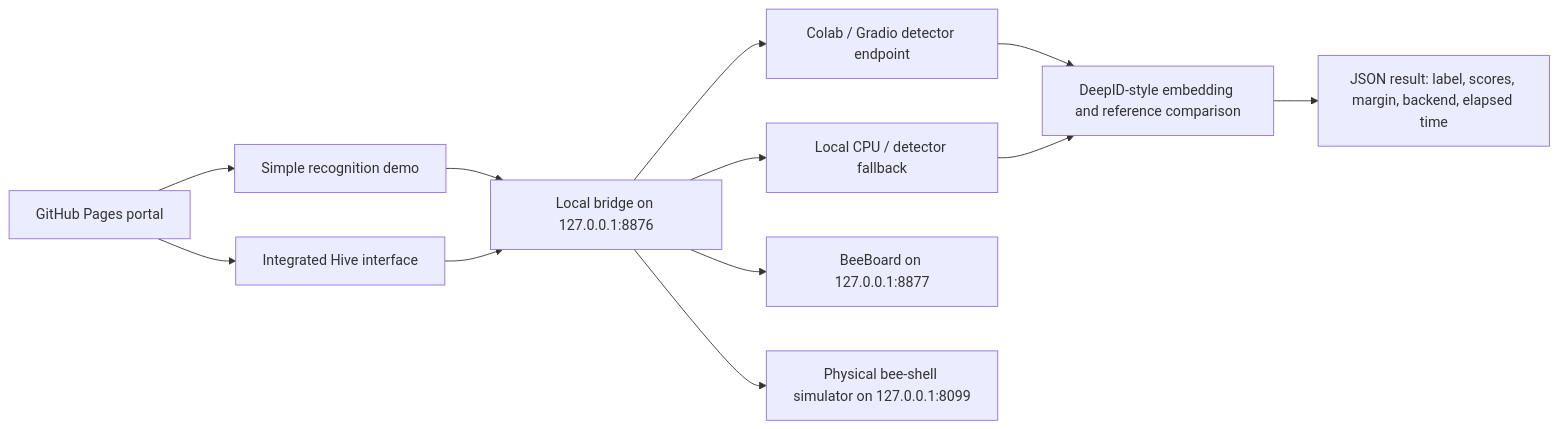
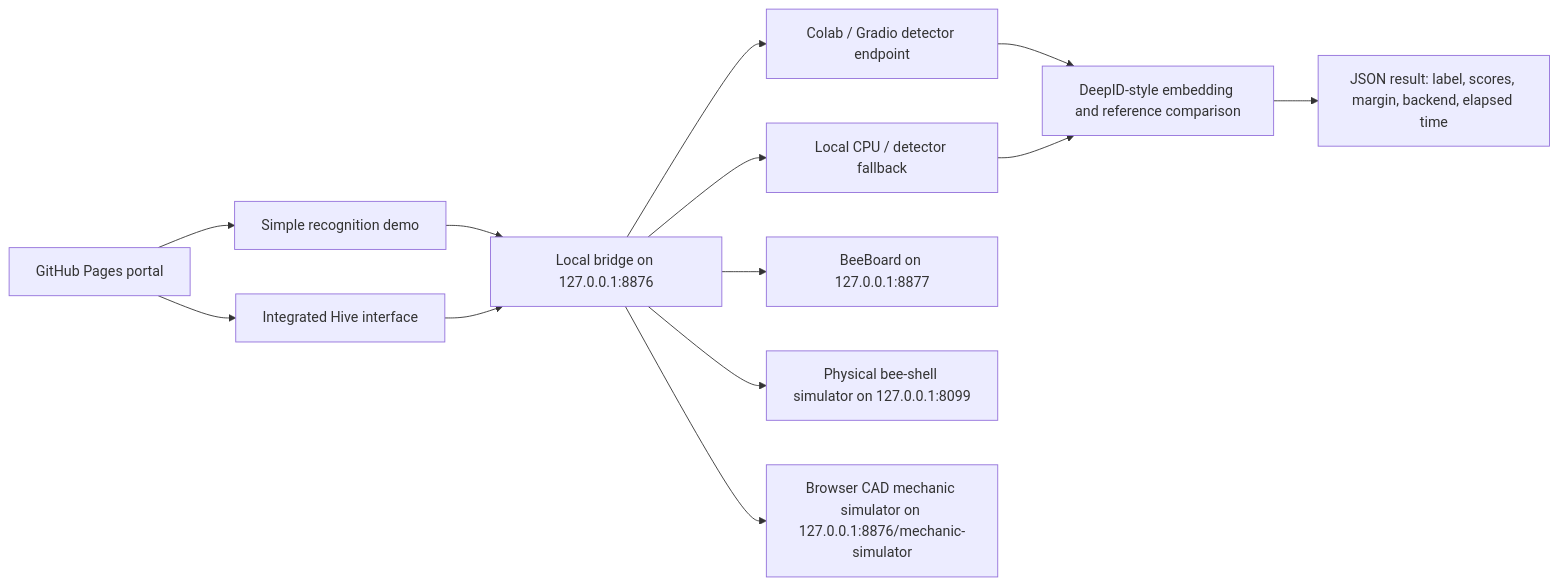
The diagram in README.md (Holodininyaroslav/bee-face-recognition-project), drawn with Mermaid before and after one commit. The commit also changed other lines of this file and 2 other files, not shown here.

Commit message:
Document mechanic simulation in Hive installer

````diff
--- a/README.md
+++ b/README.md
@@ -35,14 +36,15 @@
 ```mermaid
 flowchart LR
     A["GitHub Pages portal"] --> B["Simple recognition demo"]
     A --> C["Integrated Hive interface"]
     B --> D["Local bridge on 127.0.0.1:8876"]
     C --> D
     D --> E["Colab / Gradio detector endpoint"]
     D --> F["Local CPU / detector fallback"]
     D --> G["BeeBoard on 127.0.0.1:8877"]
     D --> H["Physical bee-shell simulator on 127.0.0.1:8099"]
+    D --> K["Browser CAD mechanic simulator on 127.0.0.1:8876/mechanic-simulator"]
     E --> I["DeepID-style embedding and reference comparison"]
     F --> I
     I --> J["JSON result: label, scores, margin, backend, elapsed time"]
 ```
````
